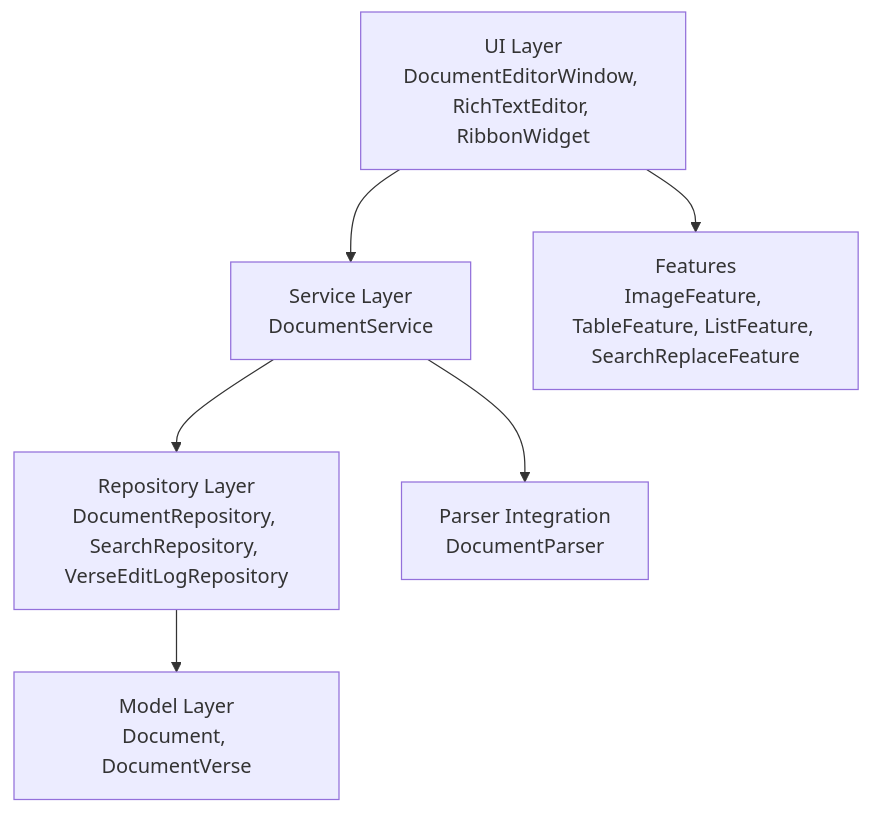
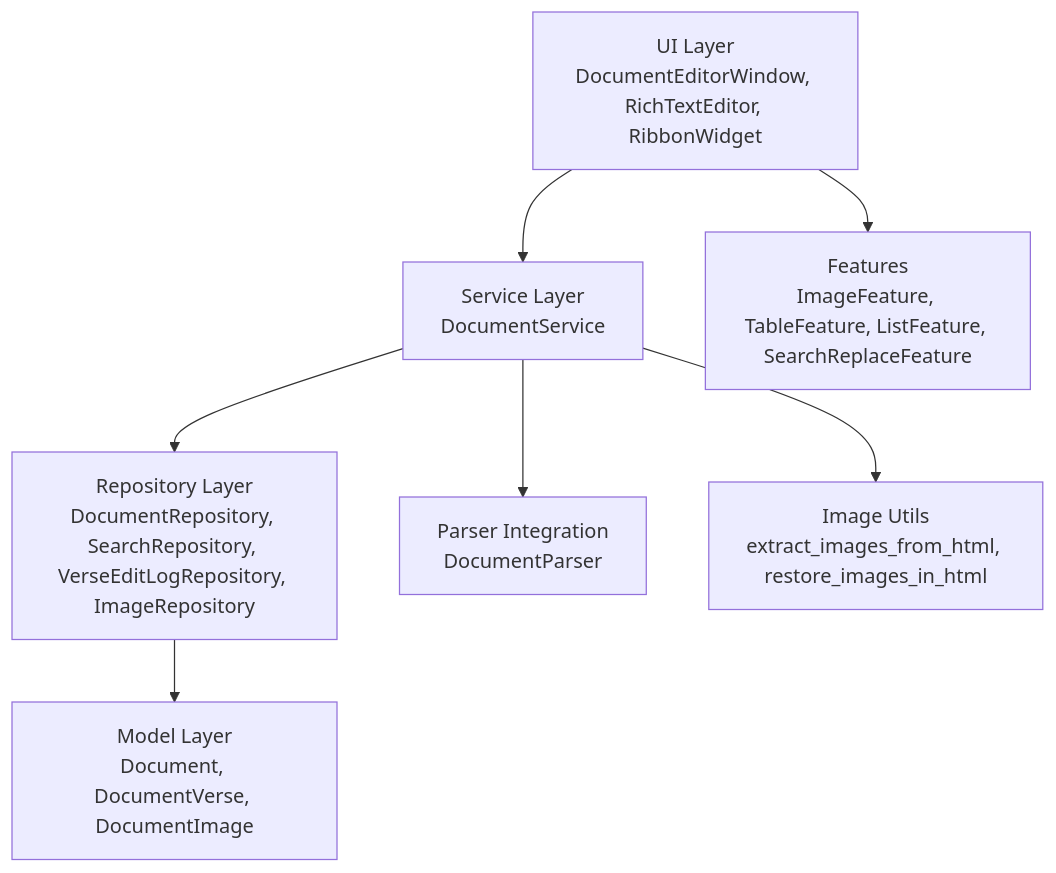
The second of 12 diagrams in .qoder/repowiki/en/content/Architecture Overview/Pillar-Based Architecture/Document Manager Pillar/Document Editing System.md (TheDaniel166/IsopGem), drawn with Mermaid before and after one commit. The commit also changed other lines of this file and 36 other files, not shown here.

````diff
--- a/.qoder/repowiki/en/content/Architecture Overview/Pillar-Based Architecture/Document Manager Pillar/Document Editing System.md
+++ b/.qoder/repowiki/en/content/Architecture Overview/Pillar-Based Architecture/Document Manager Pillar/Document Editing System.md
@@ -157,8 +184,9 @@
 ```mermaid
 graph TB
 UI["UI Layer<br/>DocumentEditorWindow, RichTextEditor, RibbonWidget"] --> SVC["Service Layer<br/>DocumentService"]
-SVC --> REP["Repository Layer<br/>DocumentRepository, SearchRepository, VerseEditLogRepository"]
-REP --> MOD["Model Layer<br/>Document, DocumentVerse"]
+SVC --> REP["Repository Layer<br/>DocumentRepository, SearchRepository, VerseEditLogRepository, ImageRepository"]
+REP --> MOD["Model Layer<br/>Document, DocumentVerse, DocumentImage"]
 SVC --> PAR["Parser Integration<br/>DocumentParser"]
+SVC --> IU["Image Utils<br/>extract_images_from_html, restore_images_in_html"]
 UI --> FEAT["Features<br/>ImageFeature, TableFeature, ListFeature, SearchReplaceFeature"]
 ```
````
